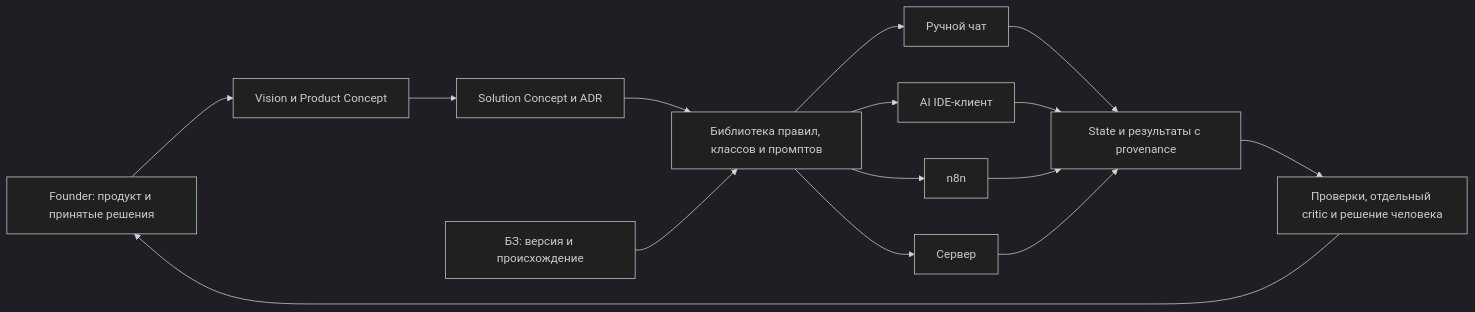
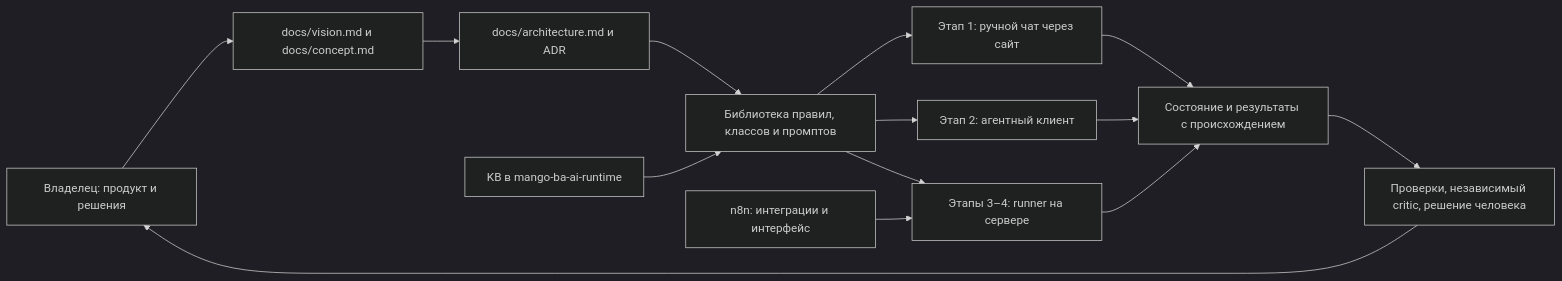
One commit to G-Ivan-A/mango_ba_prompts changed the diagram in docs/rfc/2026-10-repository-modernization.md. Above: the diagram before and after it, drawn with Mermaid (dark theme). The commit also changed other lines of this file and 1 other file, not shown here.

````diff
--- a/docs/rfc/2026-10-repository-modernization.md
+++ b/docs/rfc/2026-10-repository-modernization.md
@@ -171,17 +329,16 @@
 ```mermaid
 flowchart LR
-  F[Founder: продукт и принятые решения] --> V[Vision и Product Concept]
-  V --> A[Solution Concept и ADR]
+  O[Владелец: продукт и решения] --> V[docs/vision.md и docs/concept.md]
+  V --> A[docs/architecture.md и ADR]
   A --> L[Библиотека правил, классов и промптов]
-  K[БЗ: версия и происхождение] --> L
-  L --> M[Ручной чат]
-  L --> I[AI IDE-клиент]
-  L --> N[n8n]
-  L --> S[Сервер]
-  M --> C[State и результаты с provenance]
+  K[KB в mango-ba-ai-runtime] --> L
+  L --> M[Этап 1: ручной чат через сайт]
+  L --> I[Этап 2: агентный клиент]
+  L --> R[Этапы 3–4: runner на сервере]
+  N[n8n: интеграции и интерфейс] --> R
+  M --> C[Состояние и результаты с происхождением]
   I --> C
-  N --> C
-  S --> C
-  C --> Q[Проверки, отдельный critic и решение человека]
-  Q --> F
+  R --> C
+  C --> Q[Проверки, независимый critic, решение человека]
+  Q --> O
 ```
````
